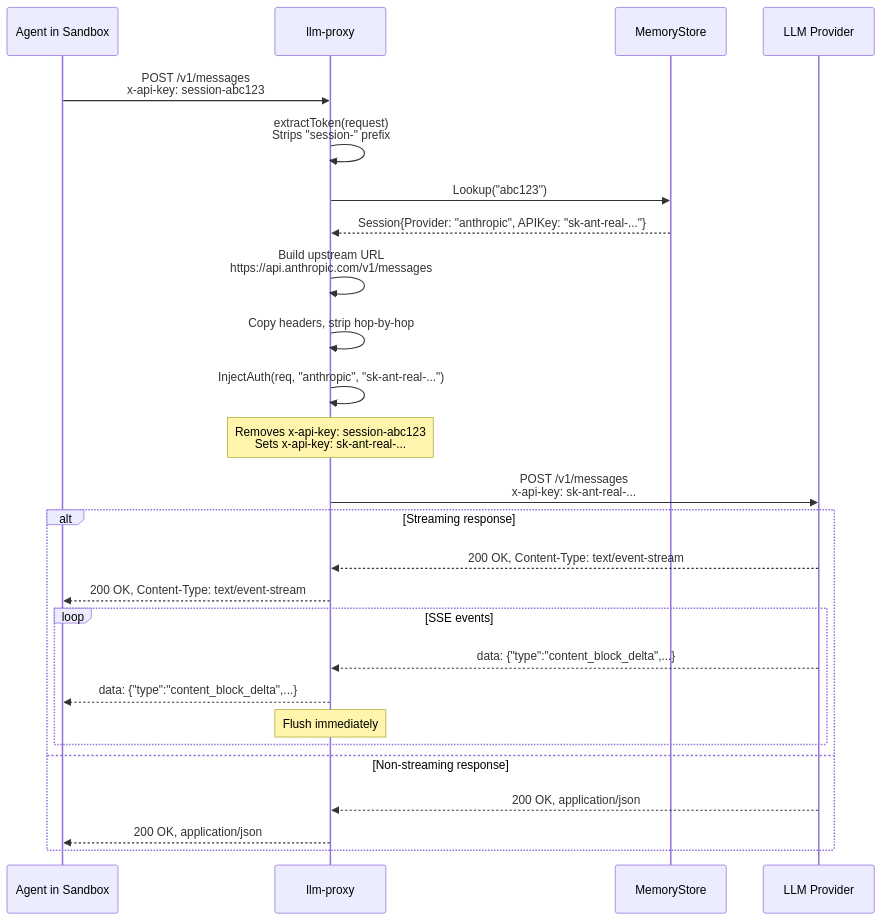
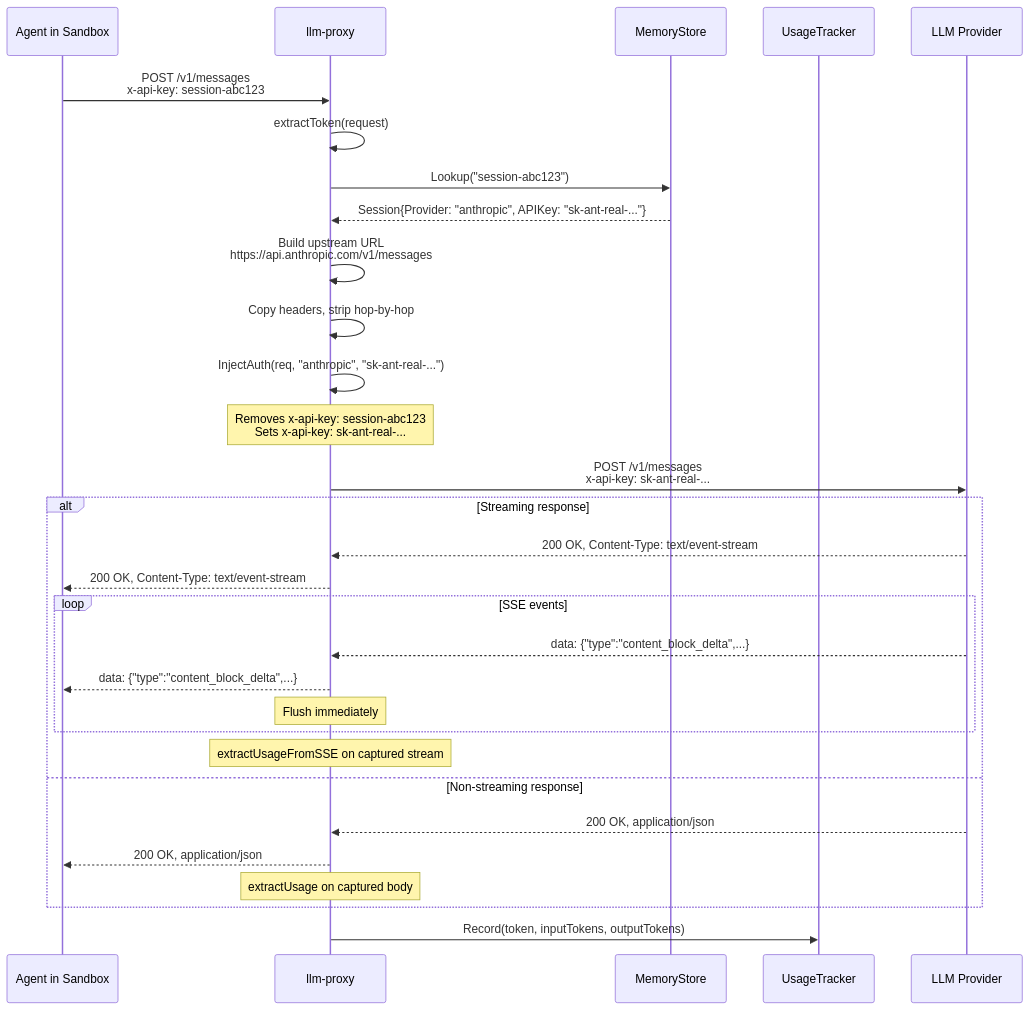
One commit to Travbz/llm-proxy changed the second of 3 diagrams in docs/architecture.md. Above: the diagram before and after it, drawn with Mermaid. The commit also changed other lines of this file and 7 other files, not shown here.

First line of the commit message:
docs: add token metering to architecture, API reference, and streaming docs

````diff
--- a/docs/architecture.md
+++ b/docs/architecture.md
@@ -37,35 +41,40 @@
 ```mermaid
 sequenceDiagram
     participant Agent as Agent in Sandbox
     participant Proxy as llm-proxy
     participant Store as MemoryStore
+    participant Tracker as UsageTracker
     participant LLM as LLM Provider
 
     Agent->>Proxy: POST /v1/messages<br/>x-api-key: session-abc123
 
-    Proxy->>Proxy: extractToken(request)<br/>Strips "session-" prefix
+    Proxy->>Proxy: extractToken(request)
 
-    Proxy->>Store: Lookup("abc123")
+    Proxy->>Store: Lookup("session-abc123")
     Store-->>Proxy: Session{Provider: "anthropic", APIKey: "sk-ant-real-..."}
 
     Proxy->>Proxy: Build upstream URL<br/>https://api.anthropic.com/v1/messages
 
     Proxy->>Proxy: Copy headers, strip hop-by-hop
     Proxy->>Proxy: InjectAuth(req, "anthropic", "sk-ant-real-...")
     Note over Proxy: Removes x-api-key: session-abc123<br/>Sets x-api-key: sk-ant-real-...
 
     Proxy->>LLM: POST /v1/messages<br/>x-api-key: sk-ant-real-...
 
     alt Streaming response
         LLM-->>Proxy: 200 OK, Content-Type: text/event-stream
         Proxy-->>Agent: 200 OK, Content-Type: text/event-stream
         loop SSE events
             LLM-->>Proxy: data: {"type":"content_block_delta",...}
             Proxy-->>Agent: data: {"type":"content_block_delta",...}
             Note over Proxy: Flush immediately
         end
+        Note over Proxy: extractUsageFromSSE on captured stream
     else Non-streaming response
         LLM-->>Proxy: 200 OK, application/json
         Proxy-->>Agent: 200 OK, application/json
+        Note over Proxy: extractUsage on captured body
     end
+
+    Proxy->>Tracker: Record(token, inputTokens, outputTokens)
 ```
````
